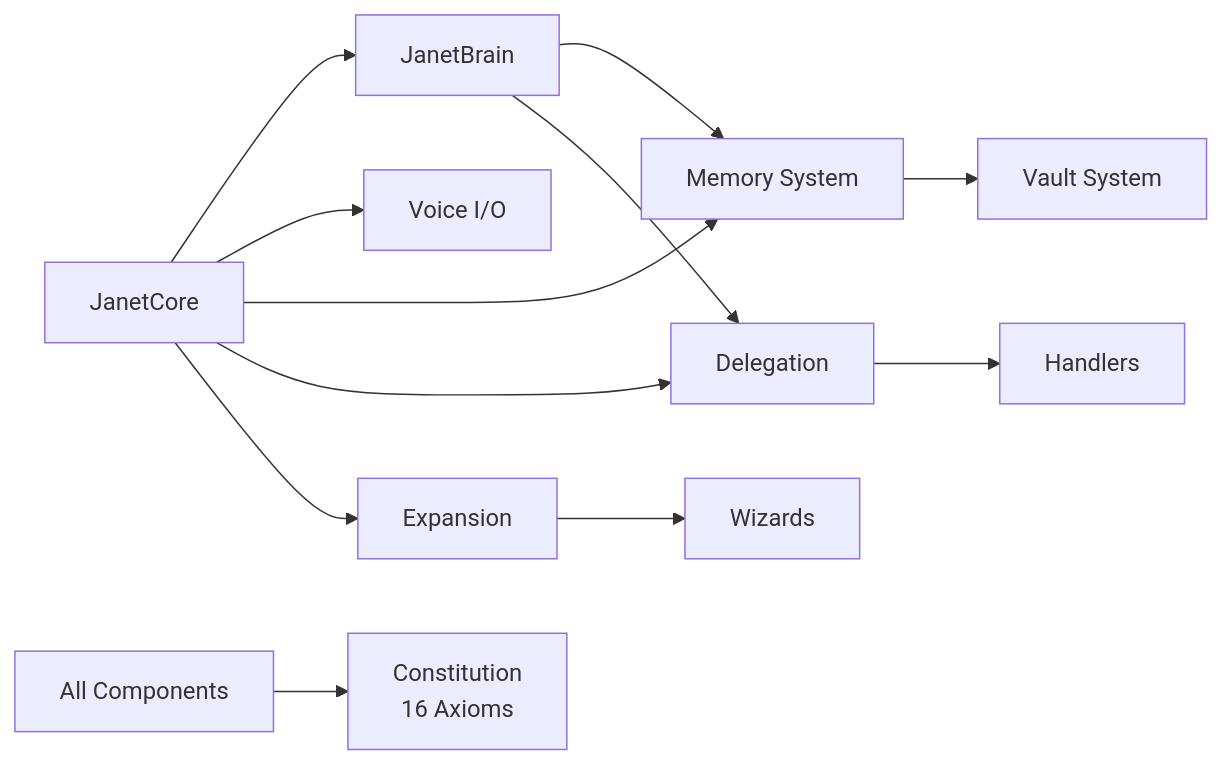
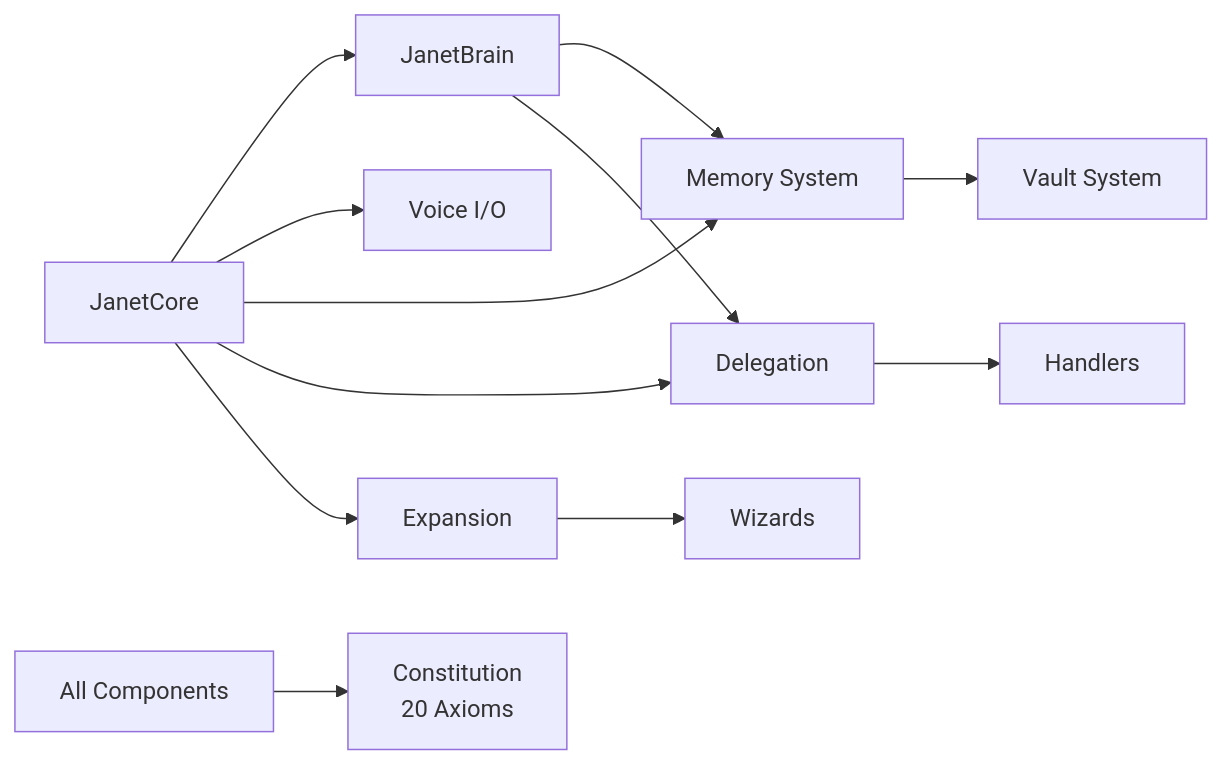
The third of 3 diagrams in README.md (MzxzD/Janet-seed), drawn with Mermaid before and after one commit. The commit also changed other lines of this file and 8 other files, not shown here.

````diff
--- a/README.md
+++ b/README.md
@@ -278,17 +278,17 @@
 ```mermaid
 graph LR
     Core[JanetCore] --> Brain[JanetBrain]
     Core --> Voice[Voice I/O]
     Core --> Memory[Memory System]
     Core --> Delegation[Delegation]
     Core --> Expansion[Expansion]
     
     Brain --> Memory
     Brain --> Delegation
     
     Memory --> Vaults[Vault System]
     Delegation --> Handlers[Handlers]
     Expansion --> Wizards[Wizards]
     
-    All[All Components] --> Constitution[Constitution<br/>16 Axioms]
+    All[All Components] --> Constitution[Constitution<br/>20 Axioms]
 ```
````
